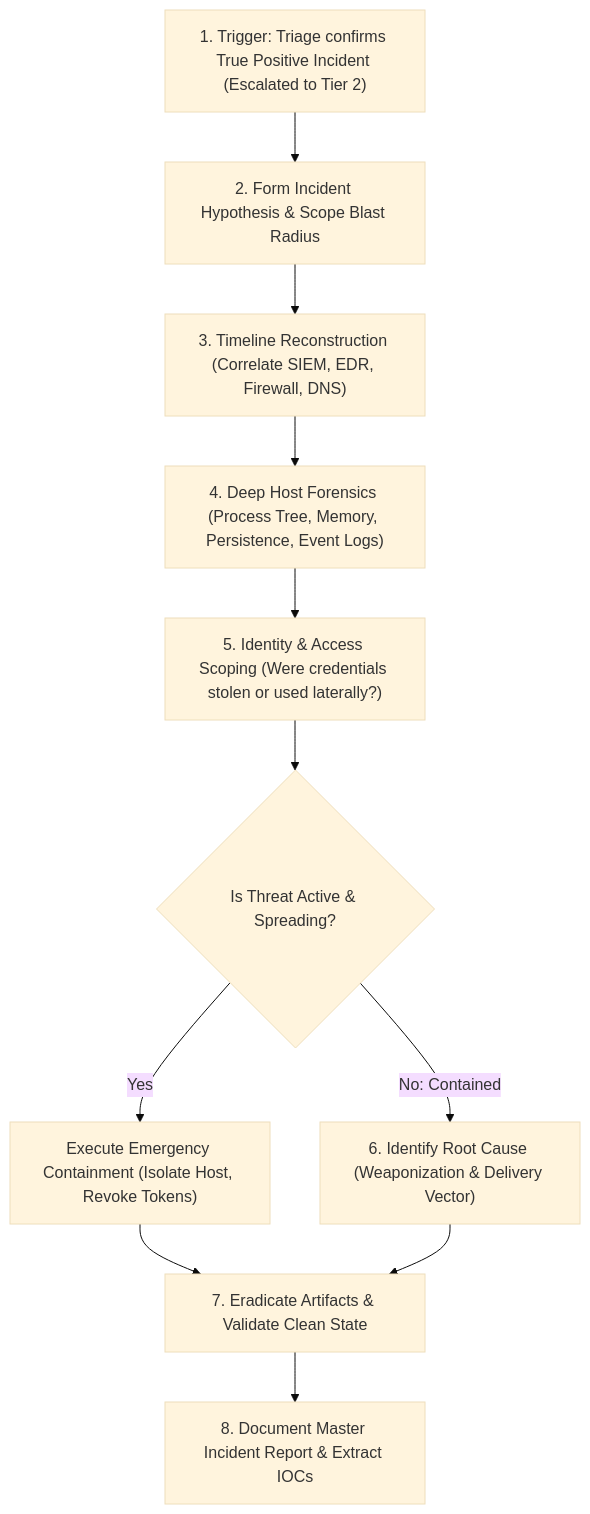
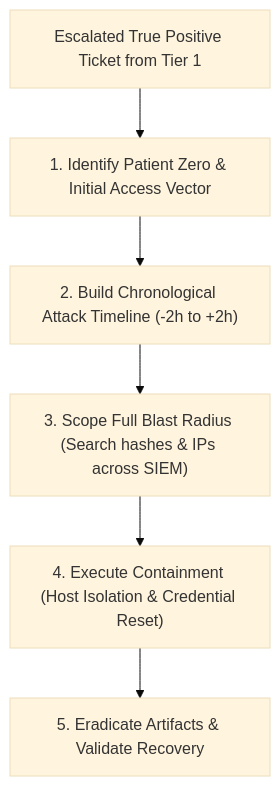
One commit to varunks04/CBS-Roleplay changed the diagram in SOC/05_Workflows_and_Processes/02_End_to_End_Incident_Investigation_Workflow.md. Above: the diagram before and after it, drawn with Mermaid (base theme). The commit also changed other lines of this file and 40 other files, not shown here.

````diff
--- a/SOC/05_Workflows_and_Processes/02_End_to_End_Incident_Investigation_Workflow.md
+++ b/SOC/05_Workflows_and_Processes/02_End_to_End_Incident_Investigation_Workflow.md
@@ -9,12 +22,8 @@
 ```mermaid
 flowchart TD
-    A["1. Trigger: Triage confirms True Positive Incident (Escalated to Tier 2)"] --> B["2. Form Incident Hypothesis & Scope Blast Radius"]
-    B --> C["3. Timeline Reconstruction (Correlate SIEM, EDR, Firewall, DNS)"]
-    C --> D["4. Deep Host Forensics (Process Tree, Memory, Persistence, Event Logs)"]
-    D --> E["5. Identity & Access Scoping (Were credentials stolen or used laterally?)"]
-    E --> F{"Is Threat Active & Spreading?"}
-    F -->|Yes| G["Execute Emergency Containment (Isolate Host, Revoke Tokens)"]
-    F -->|No: Contained| H["6. Identify Root Cause (Weaponization & Delivery Vector)"]
-    G & H --> I["7. Eradicate Artifacts & Validate Clean State"]
-    I --> J["8. Document Master Incident Report & Extract IOCs"]
+    Escalated["Escalated True Positive Ticket from Tier 1"] --> Step1["1. Identify Patient Zero & Initial Access Vector"]
+    Step1 --> Step2["2. Build Chronological Attack Timeline (-2h to +2h)"]
+    Step2 --> Step3["3. Scope Full Blast Radius (Search hashes & IPs across SIEM)"]
+    Step3 --> Step4["4. Execute Containment (Host Isolation & Credential Reset)"]
+    Step4 --> Step5["5. Eradicate Artifacts & Validate Recovery"]
 ```
````
